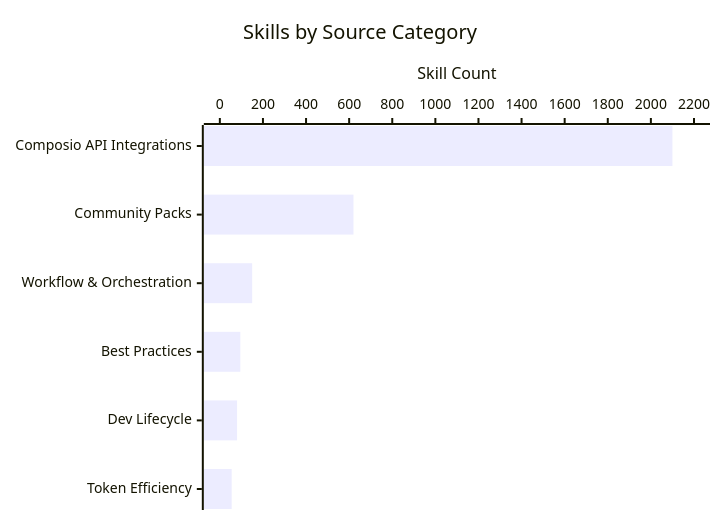
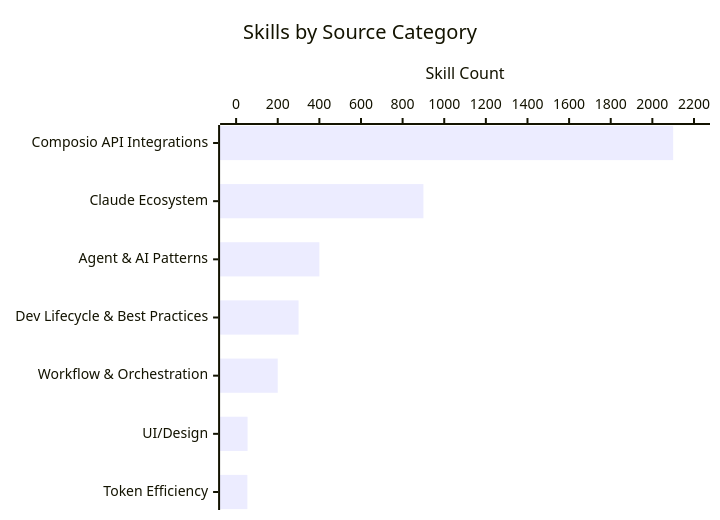
One commit to KunanonJ/claude-skills-hub changed the first of 4 diagrams in README.md. Above: the diagram before and after it, drawn with Mermaid. The commit also changed other lines of this file, not shown here.

First line of the commit message:
docs: update README for claude-skills-hub rename and 4,009 skills

````diff
--- a/README.md
+++ b/README.md
@@ -41,7 +41,7 @@
 ```mermaid
 xychart-beta horizontal
     title "Skills by Source Category"
-    x-axis ["Composio API Integrations", "Community Packs", "Workflow & Orchestration", "Best Practices", "Dev Lifecycle", "Token Efficiency"]
+    x-axis ["Composio API Integrations", "Claude Ecosystem", "Agent & AI Patterns", "Dev Lifecycle & Best Practices", "Workflow & Orchestration", "UI/Design", "Token Efficiency"]
     y-axis "Skill Count" 0 --> 2200
-    bar [2100, 620, 150, 95, 80, 55]
+    bar [2100, 900, 400, 300, 200, 55, 54]
 ```
````
